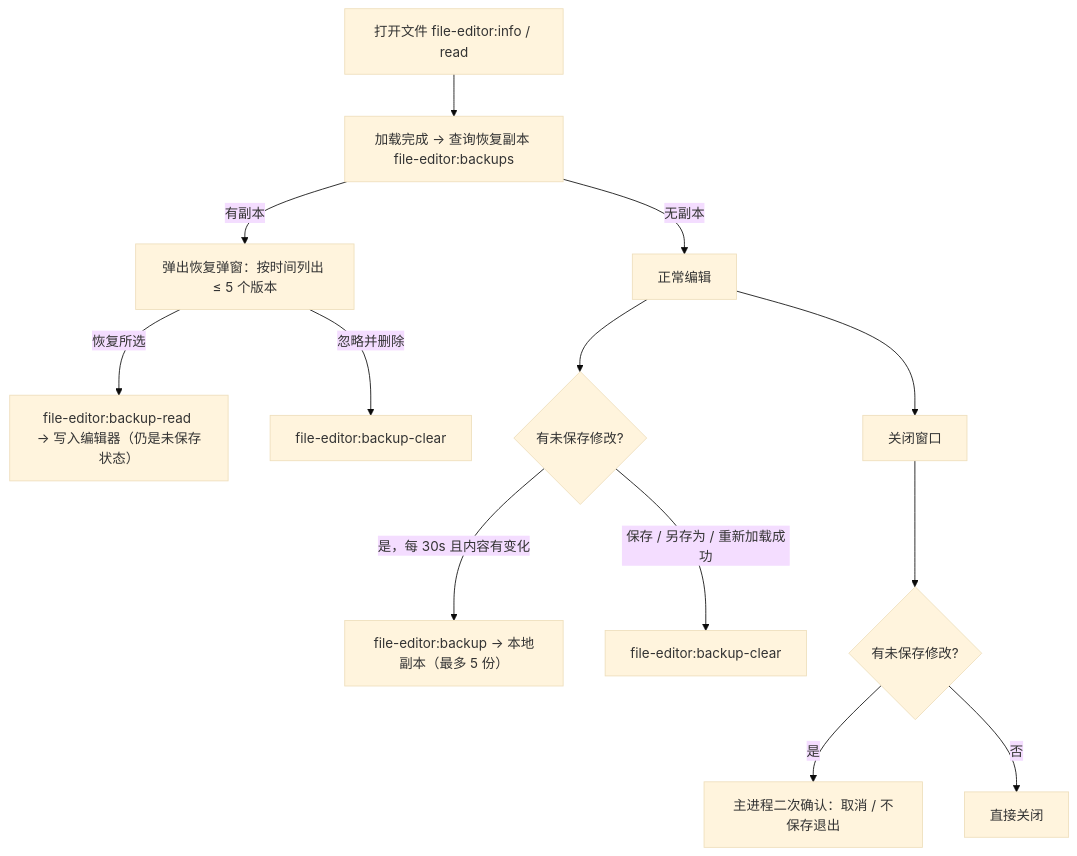
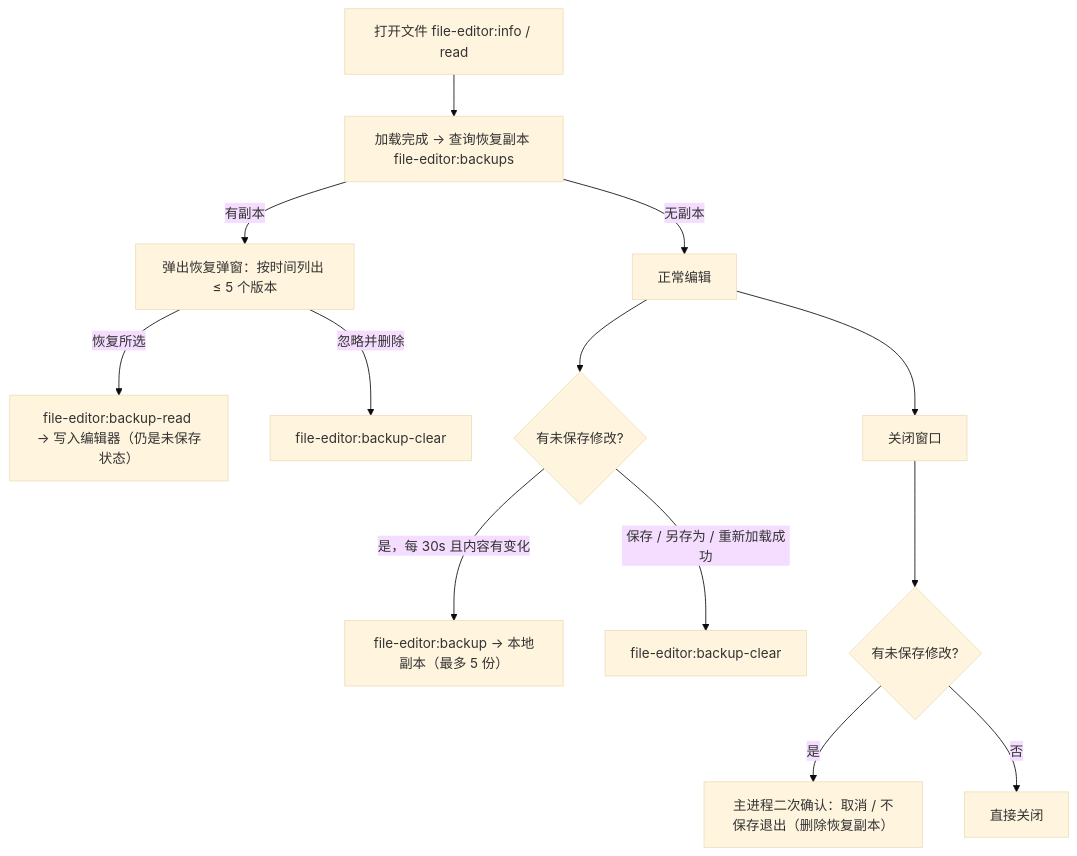
One commit to o8x/vessel changed the sixth of 7 diagrams in docs/prd/06-flowcharts.md. Above: the diagram before and after it, drawn with Mermaid (base theme). The commit also changed 6 other files, not shown here.

````diff
--- a/docs/prd/06-flowcharts.md
+++ b/docs/prd/06-flowcharts.md
@@ -105,15 +105,15 @@
 ```mermaid
 flowchart TD
   A[打开文件 file-editor:info / read] --> B[加载完成 → 查询恢复副本 file-editor:backups]
   B -->|有副本| C[弹出恢复弹窗：按时间列出 ≤ 5 个版本]
   C -->|恢复所选| D[file-editor:backup-read → 写入编辑器（仍是未保存状态）]
   C -->|忽略并删除| E[file-editor:backup-clear]
   B -->|无副本| F[正常编辑]
   F --> G{有未保存修改?}
   G -->|是，每 30s 且内容有变化| H[file-editor:backup → 本地副本（最多 5 份）]
   G -->|保存 / 另存为 / 重新加载成功| I[file-editor:backup-clear]
   F --> J[关闭窗口]
   J --> K{有未保存修改?}
-  K -->|是| L[主进程二次确认：取消 / 不保存退出]
+  K -->|是| L[主进程二次确认：取消 / 不保存退出（删除恢复副本）]
   K -->|否| M[直接关闭]
 ```
````
